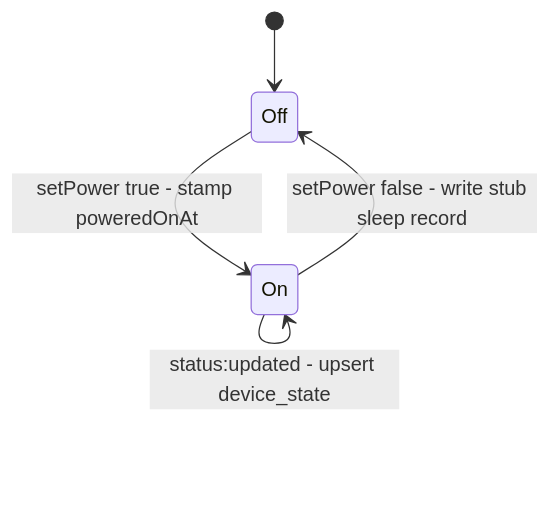
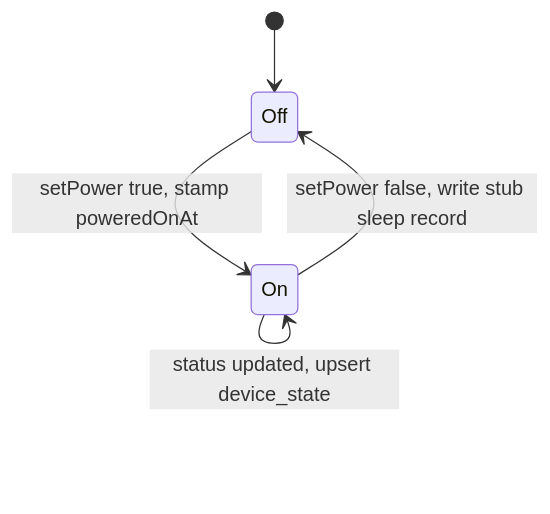
The third of 6 diagrams in README.md (sleepypod/core), drawn with Mermaid before and after one commit. The commit also changed other lines of this file, not shown here.

Commit message:
fix(readme): fix remaining Mermaid syntax errors across all diagrams

````diff
--- a/README.md
+++ b/README.md
@@ -84,7 +84,7 @@
 ```mermaid
 stateDiagram-v2
     [*] --> Off
-    Off --> On: setPower true - stamp poweredOnAt
-    On --> Off: setPower false - write stub sleep record
-    On --> On: status:updated - upsert device_state
+    Off --> On: setPower true, stamp poweredOnAt
+    On --> Off: setPower false, write stub sleep record
+    On --> On: status updated, upsert device_state
 ```
````
